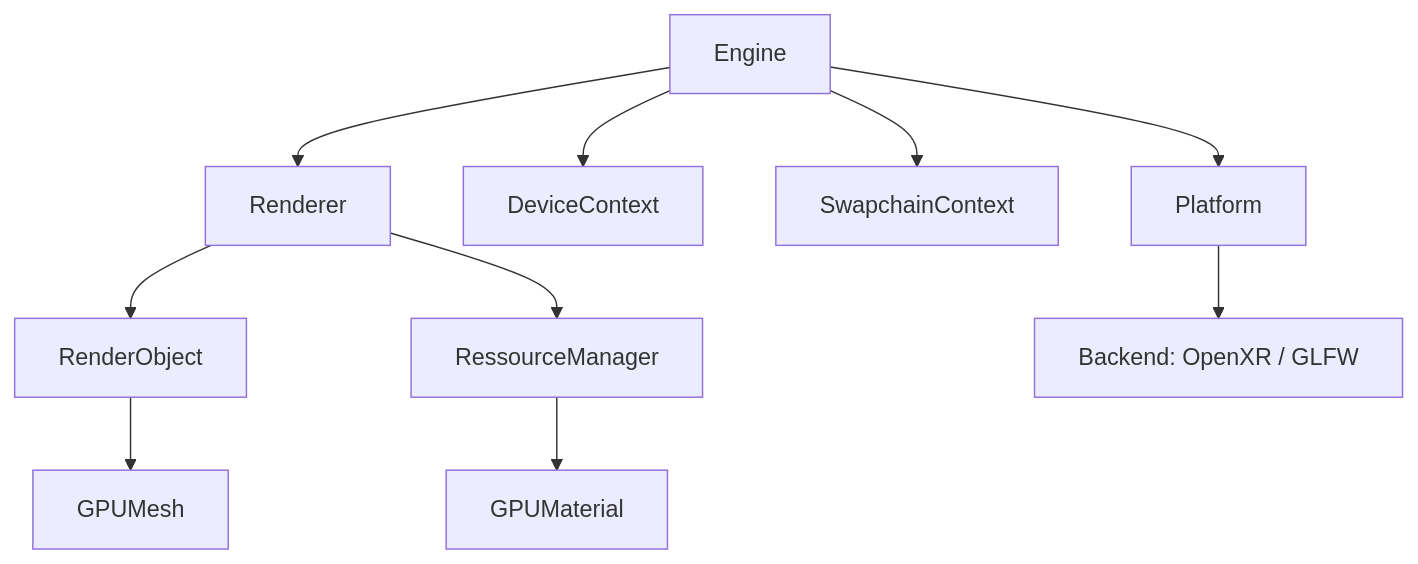
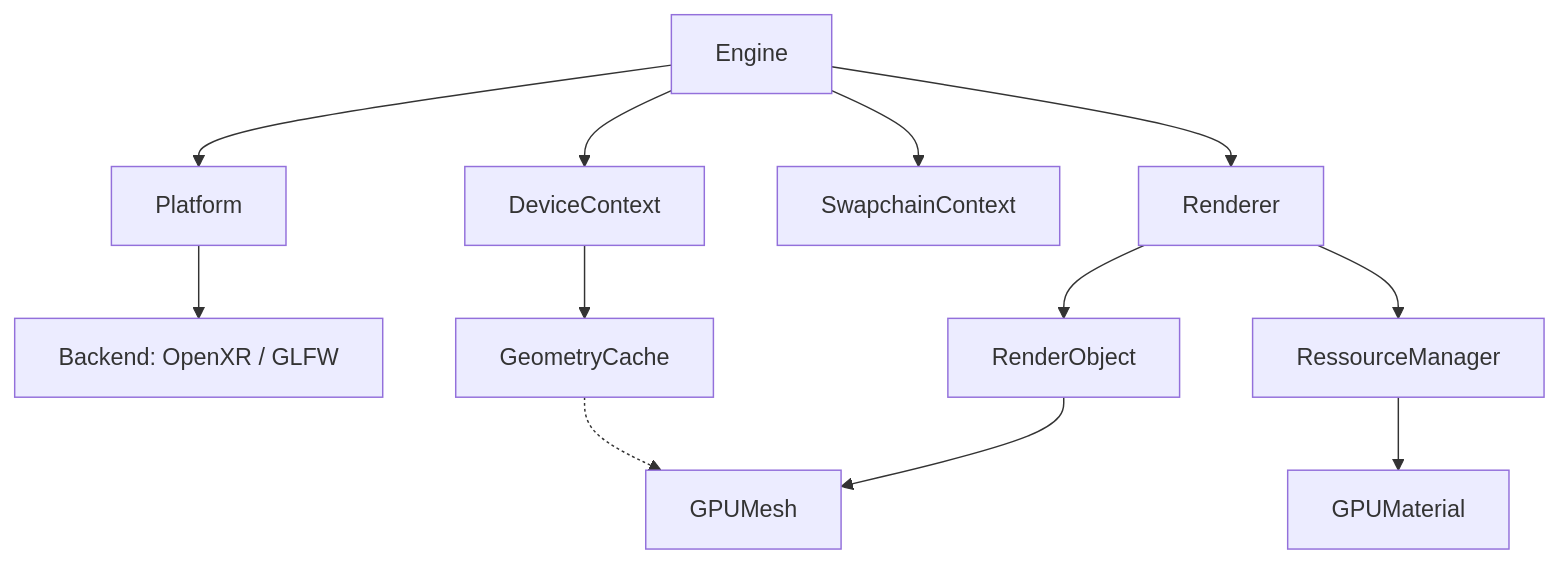
Before and after one commit to etib-corp/evan: the first of 2 diagrams in docs/ARCHITECTURE.md, drawn with Mermaid. The commit also changed other lines of this file and 3 other files, not shown here.

````diff
--- a/docs/ARCHITECTURE.md
+++ b/docs/ARCHITECTURE.md
@@ -8,14 +8,16 @@
 ```mermaid
 graph TD
     Engine[Engine] --> Platform[Platform]
     Engine --> Device[DeviceContext]
     Engine --> Swapchain[SwapchainContext]
     Engine --> Renderer[Renderer]
 
     Renderer --> RenderObject[RenderObject]
     RenderObject --> GPUMesh[GPUMesh]
+    Device --> GeometryCache[GeometryCache]
+    GeometryCache -.-> GPUMesh
     Renderer --> MaterialManager[RessourceManager]
     MaterialManager --> GPUMaterial[GPUMaterial]
 
     Platform --> Backend[Backend: OpenXR / GLFW]
 ```
````
